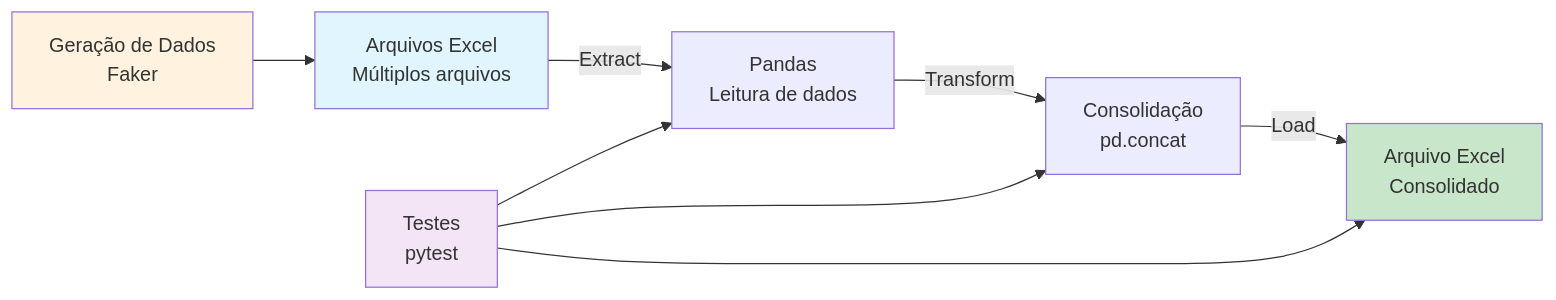
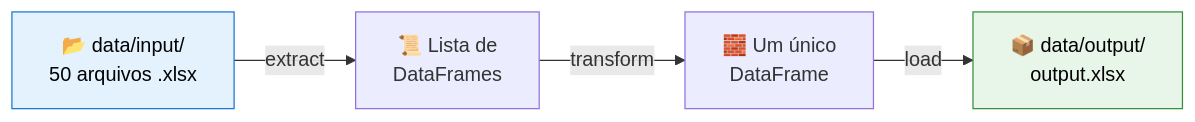
One commit to Suami-Yonashiro/formacao-jornada-de-dados changed the diagram in 01-projetos/02-workshop-estrutura/README.md. Above: the diagram before and after it, drawn with Mermaid. The commit also changed other lines of this file and 3 other files, not shown here.

````diff
--- a/01-projetos/02-workshop-estrutura/README.md
+++ b/01-projetos/02-workshop-estrutura/README.md
@@ -28,16 +78,9 @@
 ```mermaid
-graph LR
-    A[Arquivos Excel<br/>Múltiplos arquivos] -->|Extract| B[Pandas<br/>Leitura de dados]
-    B -->|Transform| C[Consolidação<br/>pd.concat]
-    C -->|Load| D[Arquivo Excel<br/>Consolidado]
-    
-    E[Geração de Dados<br/>Faker] --> A
-    F[Testes<br/>pytest] --> B
-    F --> C
-    F --> D
-    
-    style A fill:#e1f5ff
-    style D fill:#c8e6c9
-    style E fill:#fff3e0
-    style F fill:#f3e5f5
+flowchart LR
+    A["📂 data/input/<br/>50 arquivos .xlsx"] -->|extract| B["📜 Lista de<br/>DataFrames"]
+    B -->|transform| C["🧱 Um único<br/>DataFrame"]
+    C -->|load| D["📦 data/output/<br/>output.xlsx"]
+
+    style A fill:#e3f2fd,stroke:#1976d2,color:#000
+    style D fill:#e8f5e9,stroke:#388e3c,color:#000
 ```
````
